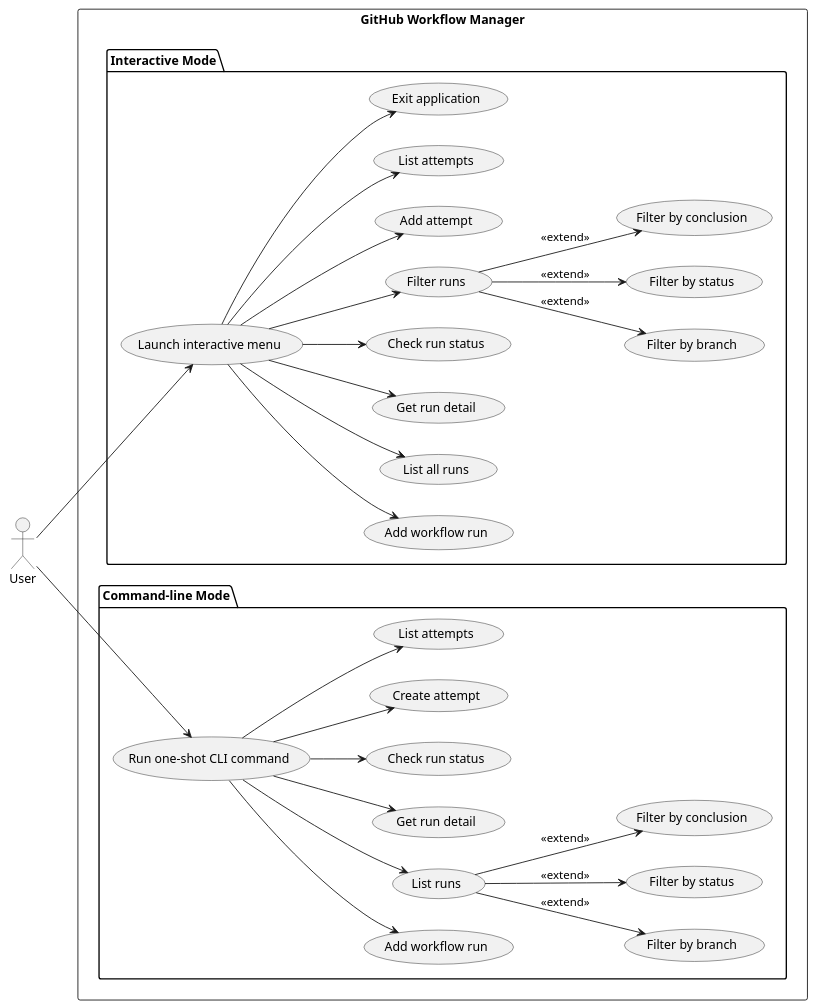
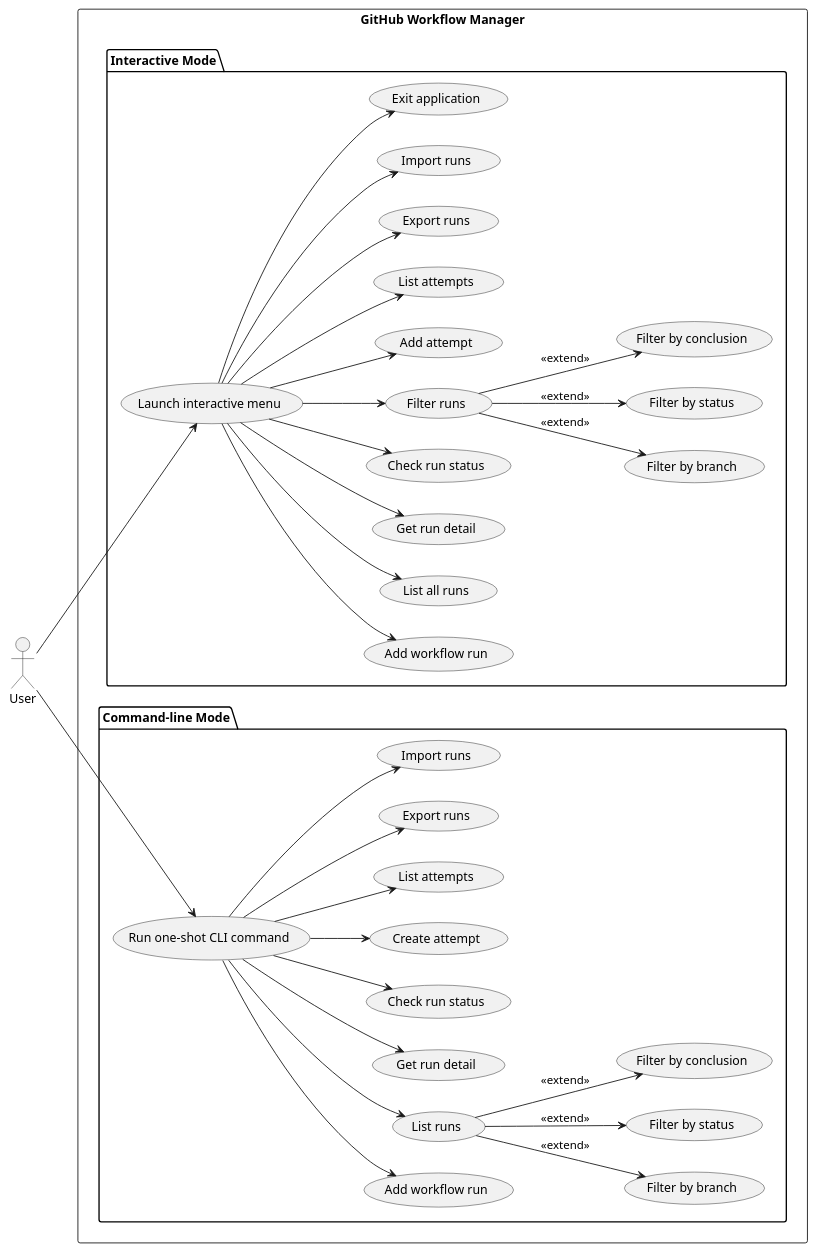
One commit to DanielRiha8906/Software_autoevolution_using_agents changed the diagram in experiments/supervisor_as_tools/user_stories/github-workflow-manager/artifacts/use_case_diagram.puml. Above: the diagram before and after it, drawn with PlantUML. The commit also changed 13 other files, not shown here.

```diff
--- a/experiments/supervisor_as_tools/user_stories/github-workflow-manager/artifacts/use_case_diagram.puml
+++ b/experiments/supervisor_as_tools/user_stories/github-workflow-manager/artifacts/use_case_diagram.puml
@@ -1,65 +1,73 @@
 @startuml use_case_diagram
 
 left to right direction
 
 actor User
 
 rectangle "GitHub Workflow Manager" {
 
   package "Interactive Mode" {
     usecase "Launch interactive menu"  as UI
     usecase "Add workflow run"         as I_ADD
     usecase "List all runs"            as I_LIST
     usecase "Get run detail"           as I_DETAIL
     usecase "Check run status"         as I_STATUS
     usecase "Filter runs"              as I_FILTER
     usecase "Filter by branch"         as I_FBRANCH
     usecase "Filter by status"         as I_FSTATUS
     usecase "Filter by conclusion"     as I_FCONCL
     usecase "Add attempt"              as I_AADD
     usecase "List attempts"            as I_ALIST
+    usecase "Export runs"              as I_EXPORT
+    usecase "Import runs"              as I_IMPORT
     usecase "Exit application"         as I_EXIT
   }
 
   package "Command-line Mode" {
     usecase "Run one-shot CLI command" as CLI
     usecase "Add workflow run"         as C_ADD
     usecase "List runs"                as C_LIST
     usecase "Filter by branch"         as C_FBRANCH
     usecase "Filter by status"         as C_FSTATUS
     usecase "Filter by conclusion"     as C_FCONCL
     usecase "Get run detail"           as C_DETAIL
     usecase "Check run status"         as C_STATUS
     usecase "Create attempt"           as C_AADD
     usecase "List attempts"            as C_ALIST
+    usecase "Export runs"              as C_EXPORT
+    usecase "Import runs"              as C_IMPORT
   }
 }
 
 User --> UI
 User --> CLI
 
 UI --> I_ADD
 UI --> I_LIST
 UI --> I_DETAIL
 UI --> I_STATUS
 UI --> I_FILTER
 UI --> I_AADD
 UI --> I_ALIST
+UI --> I_EXPORT
+UI --> I_IMPORT
 UI --> I_EXIT
 
 I_FILTER --> I_FBRANCH  : <<extend>>
 I_FILTER --> I_FSTATUS  : <<extend>>
 I_FILTER --> I_FCONCL   : <<extend>>
 
 CLI --> C_ADD
 CLI --> C_LIST
 CLI --> C_DETAIL
 CLI --> C_STATUS
 CLI --> C_AADD
 CLI --> C_ALIST
+CLI --> C_EXPORT
+CLI --> C_IMPORT
 
 C_LIST --> C_FBRANCH  : <<extend>>
 C_LIST --> C_FSTATUS  : <<extend>>
 C_LIST --> C_FCONCL   : <<extend>>
 
 @enduml
```
